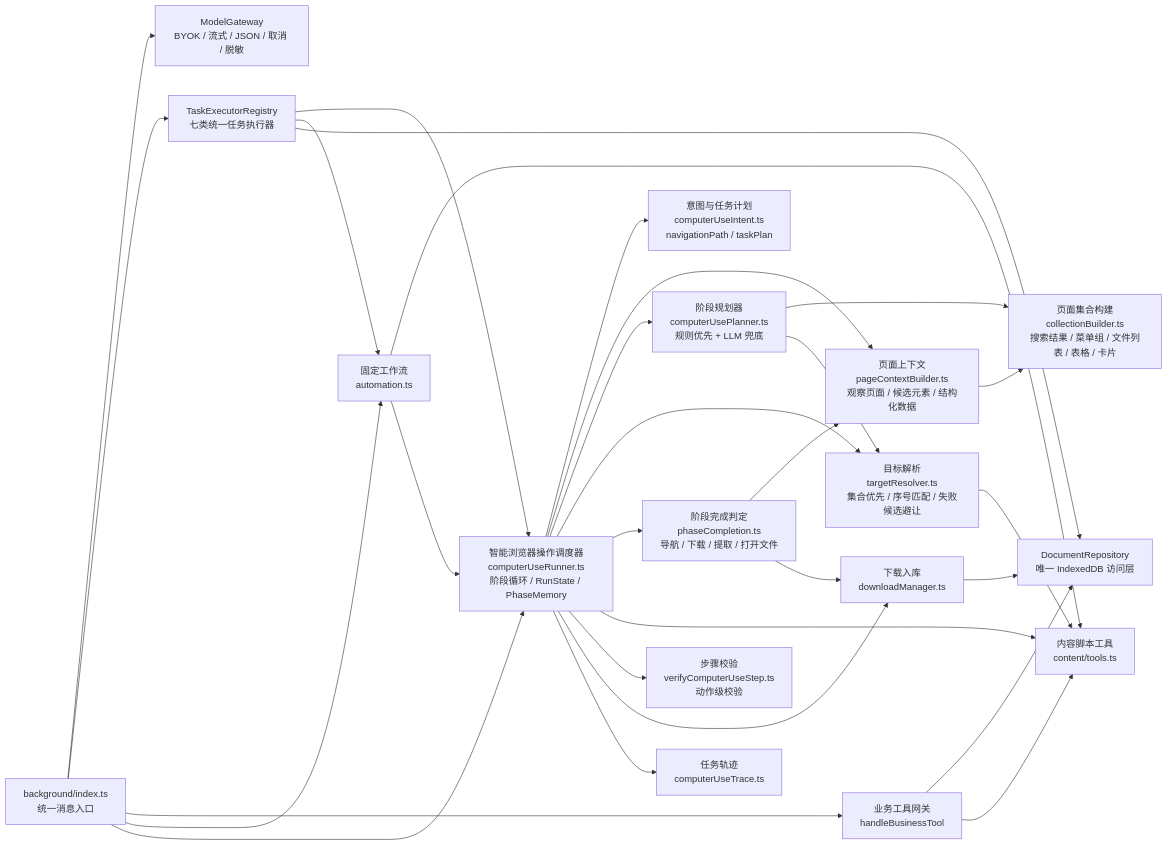
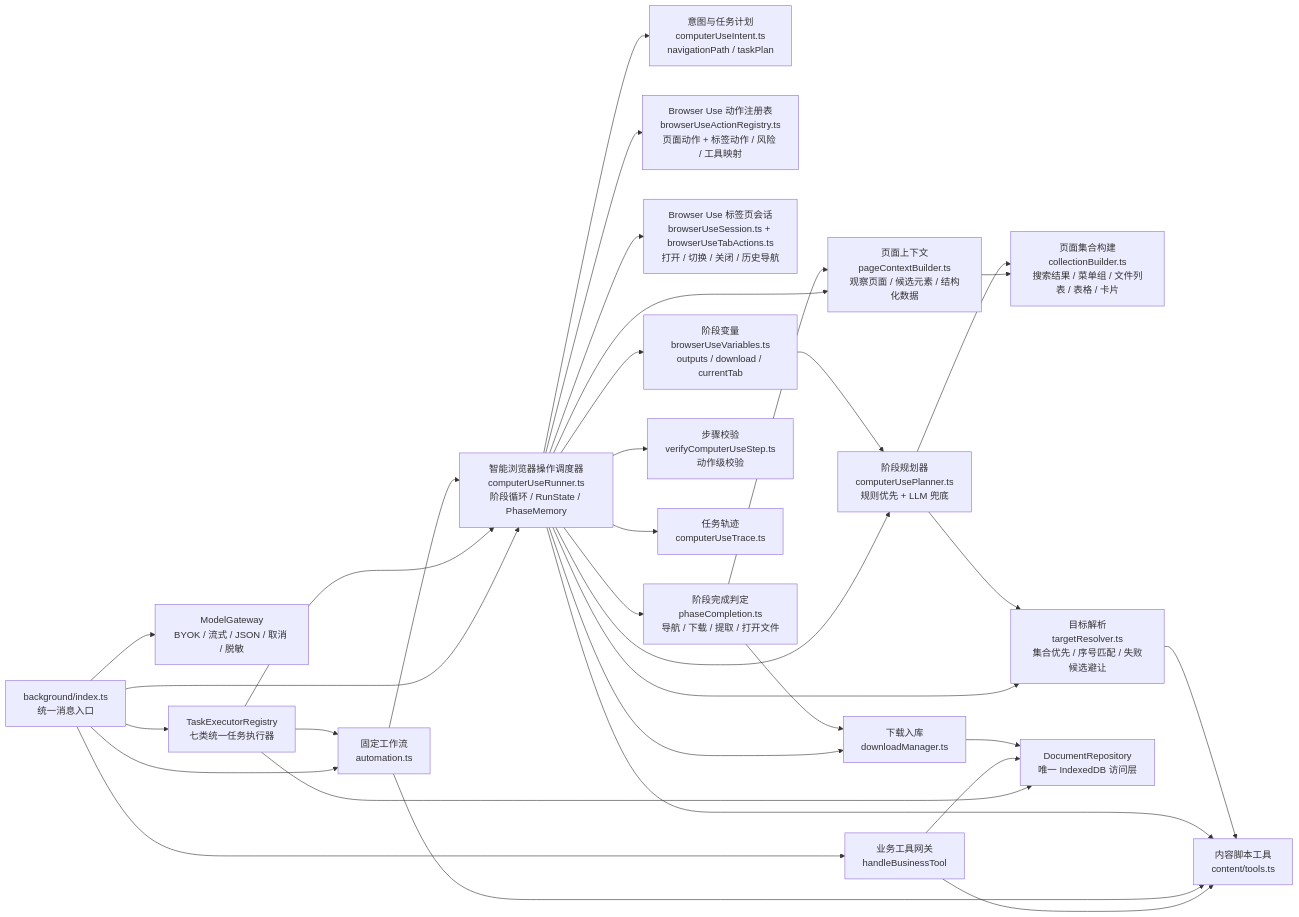
Before and after one commit to Clearlovesixteen/gancao-colipot: the second of 6 diagrams in docs/architecture.md, drawn with Mermaid. The commit also changed other lines of this file and 22 other files, not shown here.

````diff
--- a/docs/architecture.md
+++ b/docs/architecture.md
@@ -101,49 +107,56 @@
 ```mermaid
 flowchart LR
   BG["background/index.ts<br/>统一消息入口"]
   Model["ModelGateway<br/>BYOK / 流式 / JSON / 取消 / 脱敏"]
   Tasks["TaskExecutorRegistry<br/>七类统一任务执行器"]
   Gateway["业务工具网关<br/>handleBusinessTool"]
   Auto["固定工作流<br/>automation.ts"]
   CU["智能浏览器操作调度器<br/>computerUseRunner.ts<br/>阶段循环 / RunState / PhaseMemory"]
   Intent["意图与任务计划<br/>computerUseIntent.ts<br/>navigationPath / taskPlan"]
   Planner["阶段规划器<br/>computerUsePlanner.ts<br/>规则优先 + LLM 兜底"]
   Context["页面上下文<br/>pageContextBuilder.ts<br/>观察页面 / 候选元素 / 结构化数据"]
   Collections["页面集合构建<br/>collectionBuilder.ts<br/>搜索结果 / 菜单组 / 文件列表 / 表格 / 卡片"]
   Resolver["目标解析<br/>targetResolver.ts<br/>集合优先 / 序号匹配 / 失败候选避让"]
+  Actions["Browser Use 动作注册表<br/>browserUseActionRegistry.ts<br/>页面动作 + 标签动作 / 风险 / 工具映射"]
+  Tabs["Browser Use 标签页会话<br/>browserUseSession.ts + browserUseTabActions.ts<br/>打开 / 切换 / 关闭 / 历史导航"]
+  Variables["阶段变量<br/>browserUseVariables.ts<br/>outputs / download / currentTab"]
   PhaseDone["阶段完成判定<br/>phaseCompletion.ts<br/>导航 / 下载 / 提取 / 打开文件"]
   Verify["步骤校验<br/>verifyComputerUseStep.ts<br/>动作级校验"]
   Download["下载入库<br/>downloadManager.ts"]
   Trace["任务轨迹<br/>computerUseTrace.ts"]
   DB["DocumentRepository<br/>唯一 IndexedDB 访问层"]
   Content["内容脚本工具<br/>content/tools.ts"]
 
   BG --> Model
   BG --> Tasks
   BG --> Gateway
   BG --> Auto
   BG --> CU
   Tasks --> CU
   Tasks --> Auto
   Tasks --> DB
   Gateway --> DB
   Gateway --> Content
   Auto --> Content
   Auto --> CU
   CU --> Intent
   CU --> Context
   CU --> Planner
   CU --> Resolver
+  CU --> Actions
+  CU --> Variables
+  Variables --> Planner
+  CU --> Tabs
   CU --> PhaseDone
   CU --> Content
   CU --> Verify
   CU --> Download
   CU --> Trace
   Context --> Collections
   Planner --> Collections
   Planner --> Resolver
   Resolver --> Content
   PhaseDone --> Context
   PhaseDone --> Download
   Download --> DB
 ```
````
